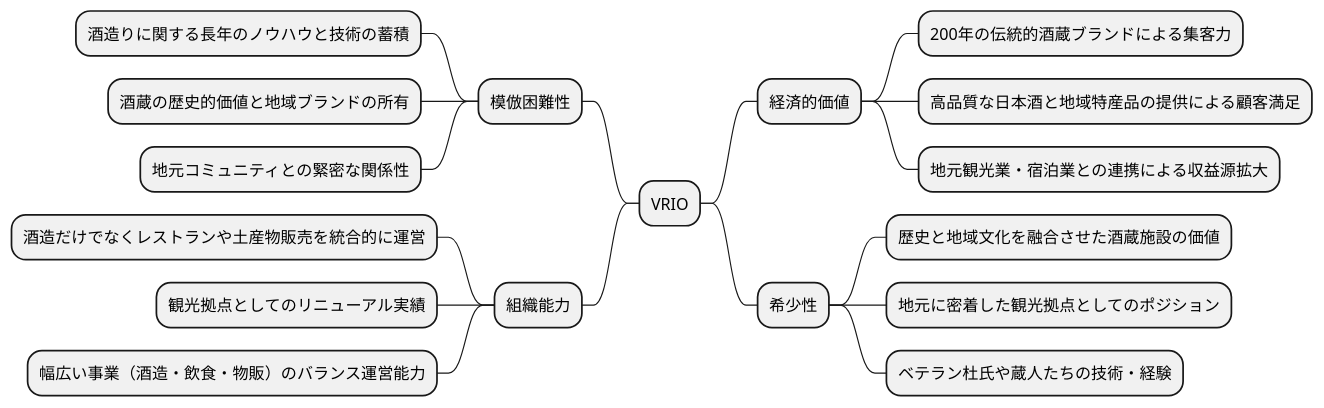
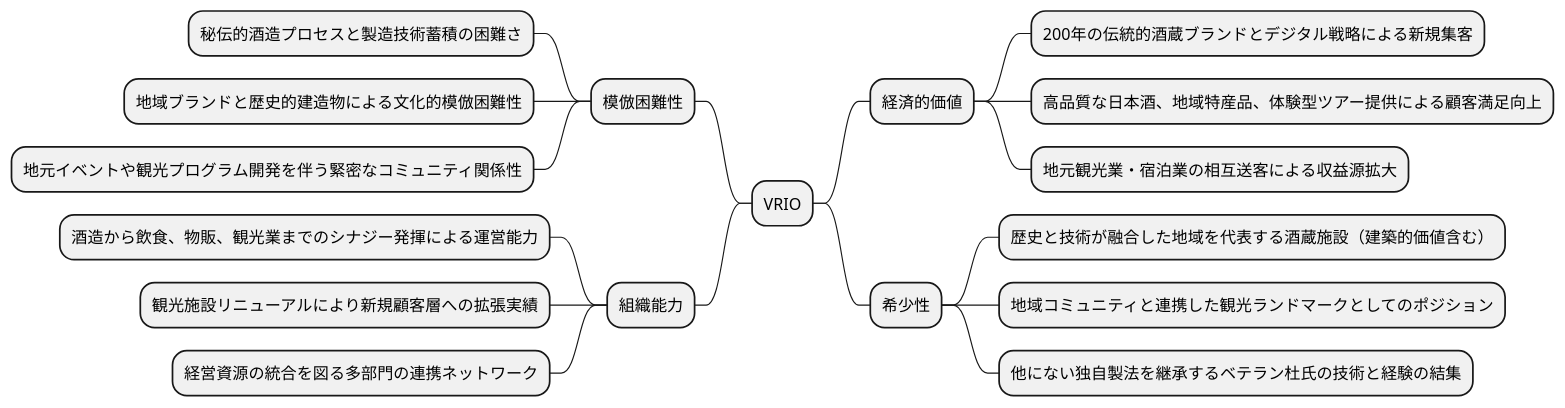
One commit to k2works/case-study-business-analysis changed the fourth of 19 diagrams in docs/case/r02_case_1.adoc. Above: the diagram before and after it, drawn with PlantUML. The commit also changed other lines of this file, not shown here.

```diff
--- a/docs/case/r02_case_1.adoc
+++ b/docs/case/r02_case_1.adoc
@@ -159,25 +172,25 @@
 [plantuml]
 ----
 @startmindmap
 
 * VRIO
 ** 経済的価値
-*** 200年の伝統的酒蔵ブランドによる集客力
-*** 高品質な日本酒と地域特産品の提供による顧客満足
-*** 地元観光業・宿泊業との連携による収益源拡大
+*** 200年の伝統的酒蔵ブランドとデジタル戦略による新規集客
+*** 高品質な日本酒、地域特産品、体験型ツアー提供による顧客満足向上
+*** 地元観光業・宿泊業の相互送客による収益源拡大
 ** 希少性
-*** 歴史と地域文化を融合させた酒蔵施設の価値
-*** 地元に密着した観光拠点としてのポジション
-*** ベテラン杜氏や蔵人たちの技術・経験
+*** 歴史と技術が融合した地域を代表する酒蔵施設（建築的価値含む）
+*** 地域コミュニティと連携した観光ランドマークとしてのポジション
+*** 他にない独自製法を継承するベテラン杜氏の技術と経験の結集
 left side
 ** 模倣困難性
-*** 酒造りに関する長年のノウハウと技術の蓄積
-*** 酒蔵の歴史的価値と地域ブランドの所有
-*** 地元コミュニティとの緊密な関係性
+*** 秘伝的酒造プロセスと製造技術蓄積の困難さ
+*** 地域ブランドと歴史的建造物による文化的模倣困難性
+*** 地元イベントや観光プログラム開発を伴う緊密なコミュニティ関係性
 ** 組織能力
-*** 酒造だけでなくレストランや土産物販売を統合的に運営
-*** 観光拠点としてのリニューアル実績
-*** 幅広い事業（酒造・飲食・物販）のバランス運営能力
+*** 酒造から飲食、物販、観光業までのシナジー発揮による運営能力
+*** 観光施設リニューアルにより新規顧客層への拡張実績
+*** 経営資源の統合を図る多部門の連携ネットワーク
 
 @endmindmapp
 ----
```
